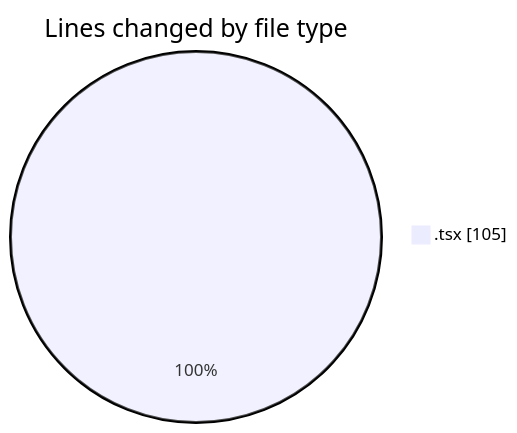
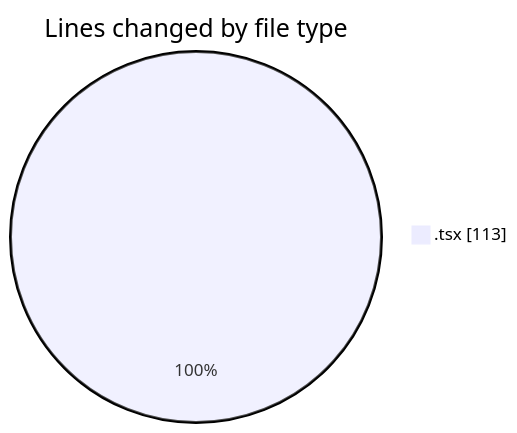
Before and after one commit to robertbonfada/code-tracking: the first of 2 diagrams in 2025-02-04/mbc-web/README.md, drawn with Mermaid. The commit also changed other lines of this file and 1 other file, not shown here.

````diff
--- a/2025-02-04/mbc-web/README.md
+++ b/2025-02-04/mbc-web/README.md
@@ -21,5 +22,5 @@
 ```mermaid
 pie showData
 title Lines changed by file type
-".tsx" : 105
+".tsx" : 113
 ```
````
